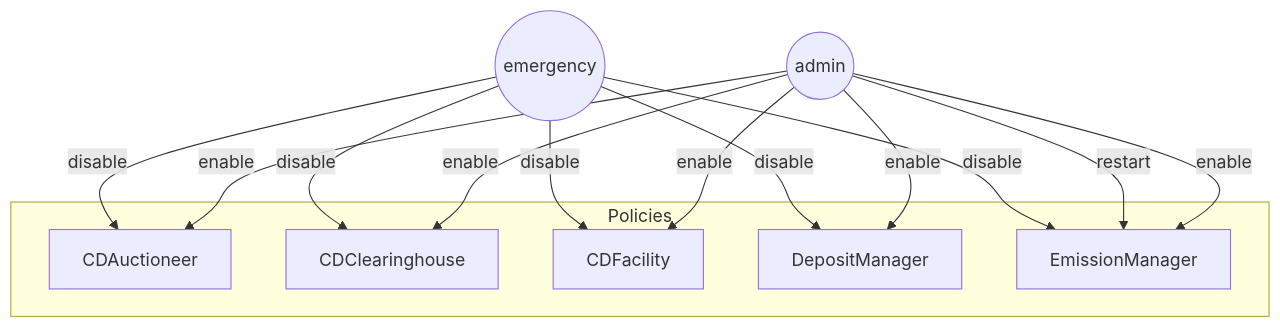
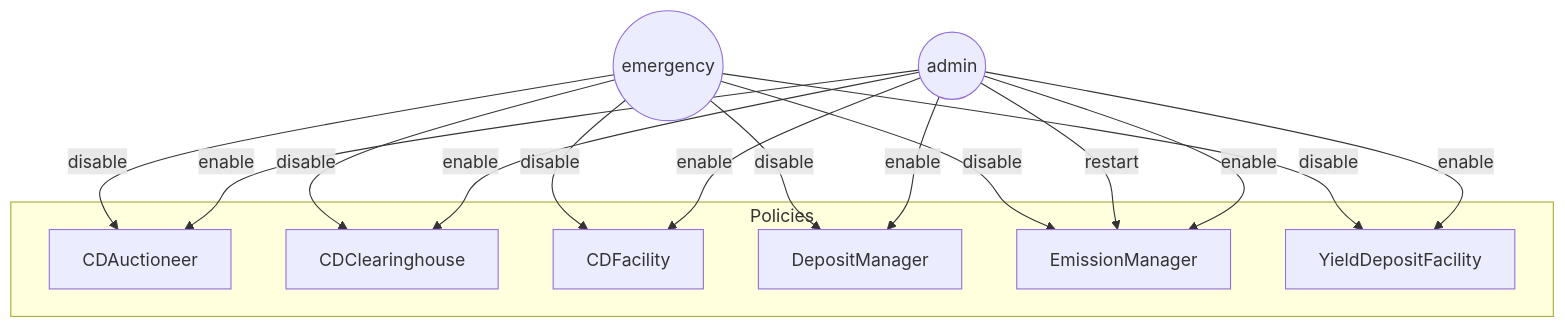
One commit to OlympusDAO/olympus-v3 changed the first of 9 diagrams in audit/2025-01_convertible-deposits/README.md. Above: the diagram before and after it, drawn with Mermaid. The commit also changed other lines of this file, not shown here.

````diff
--- a/audit/2025-01_convertible-deposits/README.md
+++ b/audit/2025-01_convertible-deposits/README.md
@@ -217,22 +217,25 @@
 ```mermaid
 flowchart TD
   admin((admin)) -- enable --> CDAuctioneer
   admin((admin)) -- enable --> CDClearinghouse
   admin((admin)) -- enable --> CDFacility
   admin((admin)) -- enable --> DepositManager
   admin((admin)) -- enable --> EmissionManager
+  admin((admin)) -- enable --> YieldDepositFacility
   admin((admin)) -- restart --> EmissionManager
   emergency((emergency)) -- disable --> CDAuctioneer
   emergency((emergency)) -- disable --> CDClearinghouse
   emergency((emergency)) -- disable --> CDFacility
   emergency((emergency)) -- disable --> DepositManager
   emergency((emergency)) -- disable --> EmissionManager
+  emergency((emergency)) -- disable --> YieldDepositFacility
 
   subgraph Policies
     CDAuctioneer
     CDClearinghouse
     CDFacility
     DepositManager
     EmissionManager
+    YieldDepositFacility
   end
 ```
````
